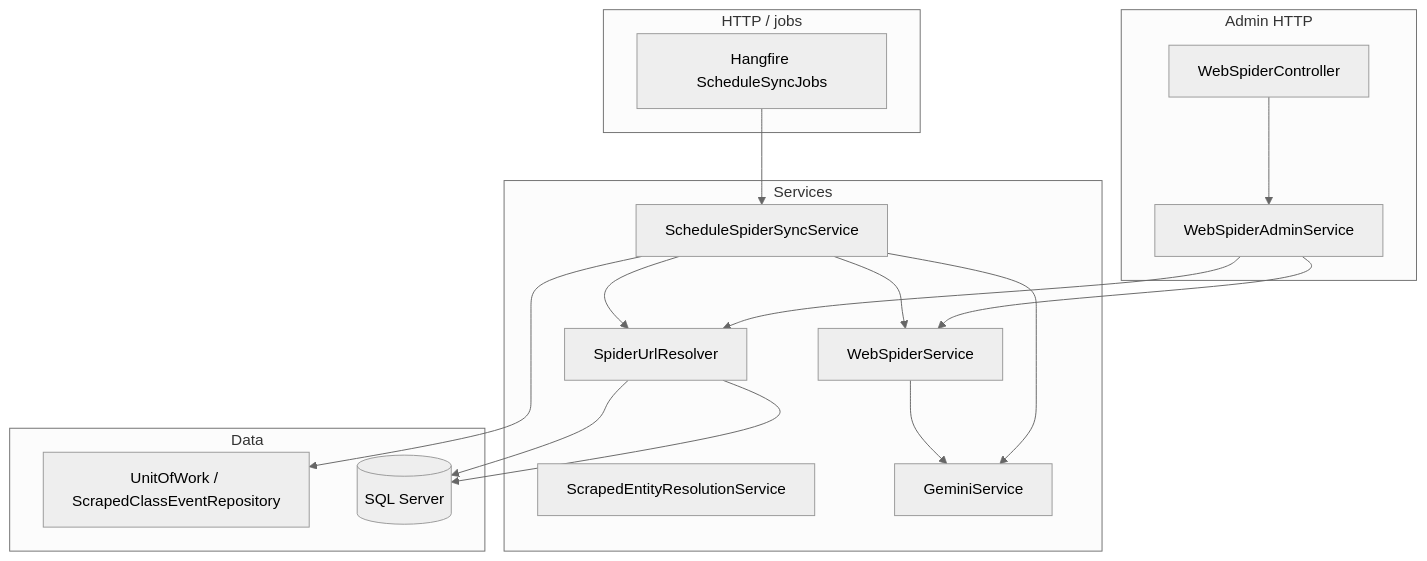
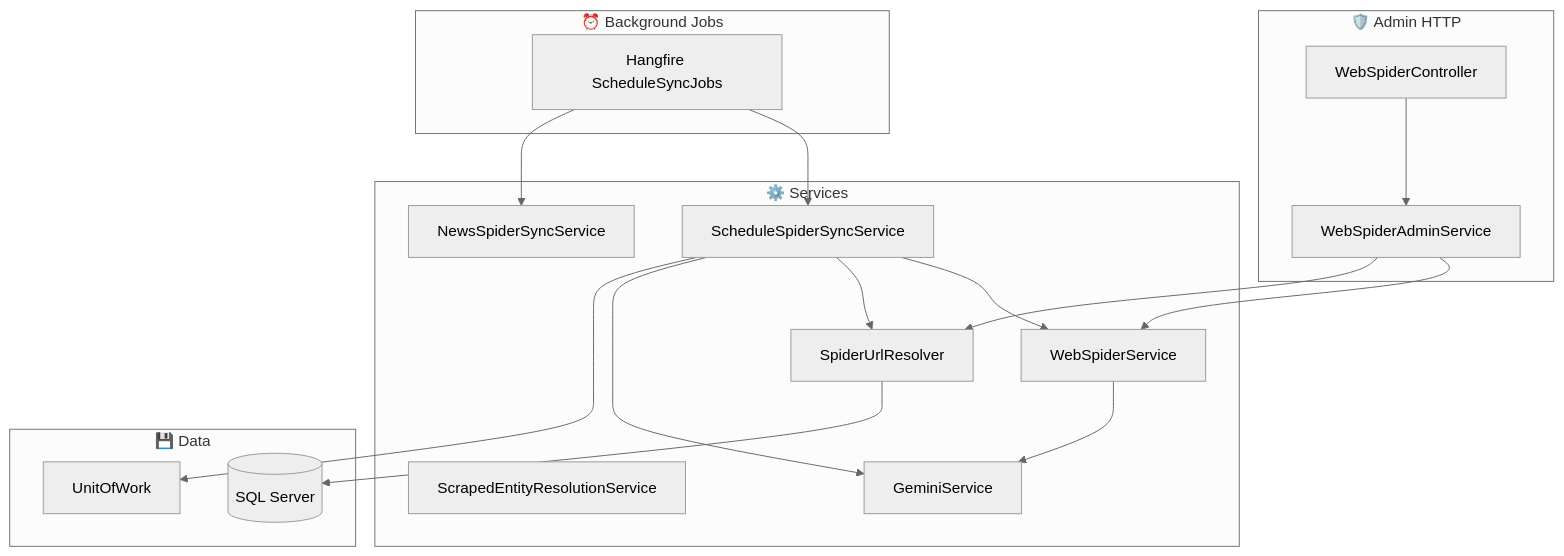
The diagram in docs/WebSpider.md (ArisHorvat/omada-platform), drawn with Mermaid (neutral theme) before and after one commit. The commit also changed other lines of this file and 10 other files, not shown here.

````diff
--- a/docs/WebSpider.md
+++ b/docs/WebSpider.md
@@ -27,36 +28,37 @@
 ```mermaid
 flowchart TB
-    subgraph Admin["Admin HTTP"]
+    subgraph Admin["🛡️ Admin HTTP"]
         WC[WebSpiderController]
         WAS[WebSpiderAdminService]
     end
 
-    subgraph HTTP["HTTP / jobs"]
+    subgraph Jobs["⏰ Background Jobs"]
         HF[Hangfire ScheduleSyncJobs]
     end
 
-    subgraph Services["Services"]
+    subgraph Services["⚙️ Services"]
         WSS[WebSpiderService]
         SSS[ScheduleSpiderSyncService]
+        NSS[NewsSpiderSyncService]
         SUR[SpiderUrlResolver]
         SER[ScrapedEntityResolutionService]
         GEM[GeminiService]
     end
 
-    subgraph Data["Data"]
-        UOW[UnitOfWork / ScrapedClassEventRepository]
+    subgraph Data["💾 Data"]
+        UOW[UnitOfWork]
         DB[(SQL Server)]
     end
 
     WC --> WAS
     WAS --> WSS
     WAS --> SUR
     HF --> SSS
+    HF --> NSS
     SSS --> WSS
     SSS --> SUR
     SSS --> GEM
     WSS --> GEM
     SSS --> UOW
     SUR --> DB
-    SUR --> DB
 ```
````
